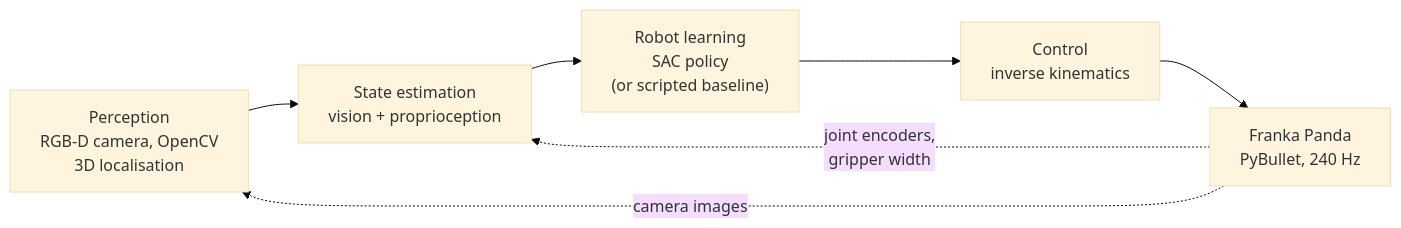
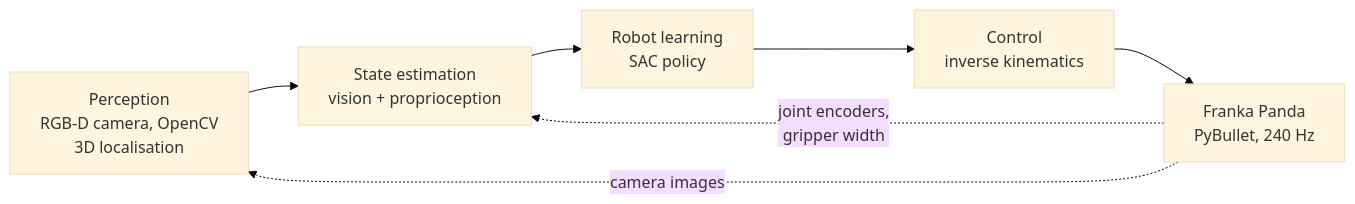
One commit to SEVT-Logistics-Private-Limited/My-AI-Engineering-Journey changed the diagram in projects/vision-rl-pickplace/README.md. Above: the diagram before and after it, drawn with Mermaid (base theme). The commit also changed other lines of this file and 9 other files, not shown here.

````diff
--- a/projects/vision-rl-pickplace/README.md
+++ b/projects/vision-rl-pickplace/README.md
@@ -109,9 +109,9 @@
 ```mermaid
 flowchart LR
     PER["Perception<br/>RGB-D camera, OpenCV<br/>3D localisation"] --> EST["State estimation<br/>vision + proprioception"]
-    EST --> DEC["Robot learning<br/>SAC policy<br/>(or scripted baseline)"]
+    EST --> DEC["Robot learning<br/>SAC policy"]
     DEC --> CTRL["Control<br/>inverse kinematics"]
     CTRL --> ROB["Franka Panda<br/>PyBullet, 240 Hz"]
     ROB -. "camera images" .-> PER
     ROB -. "joint encoders,<br/>gripper width" .-> EST
 ```
````
